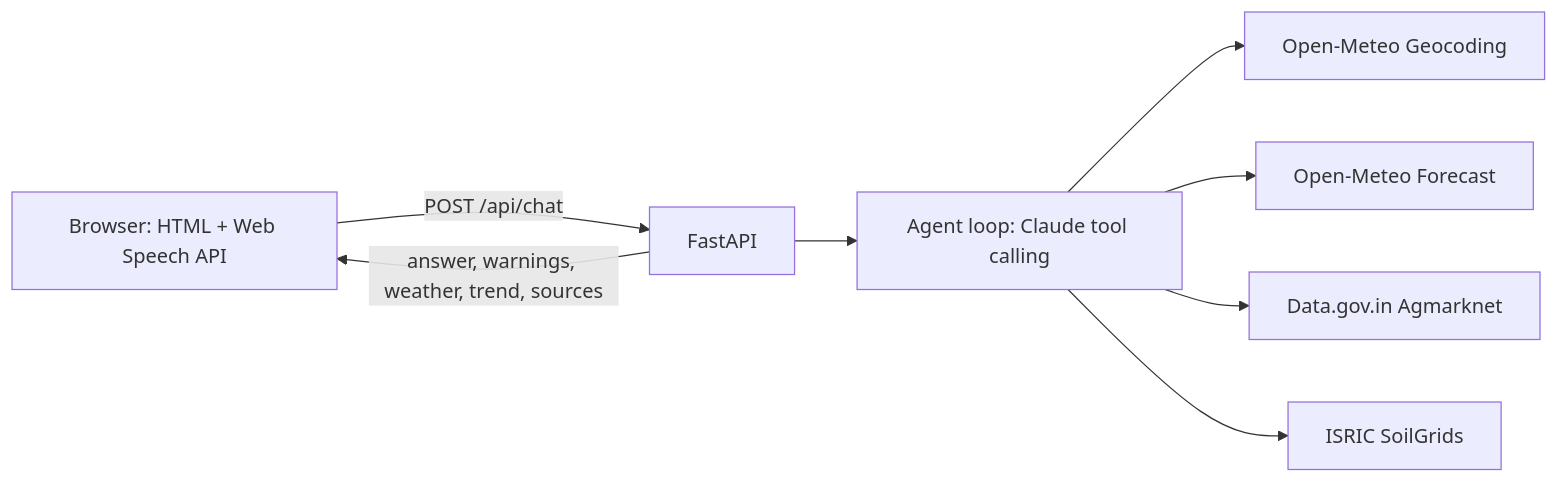
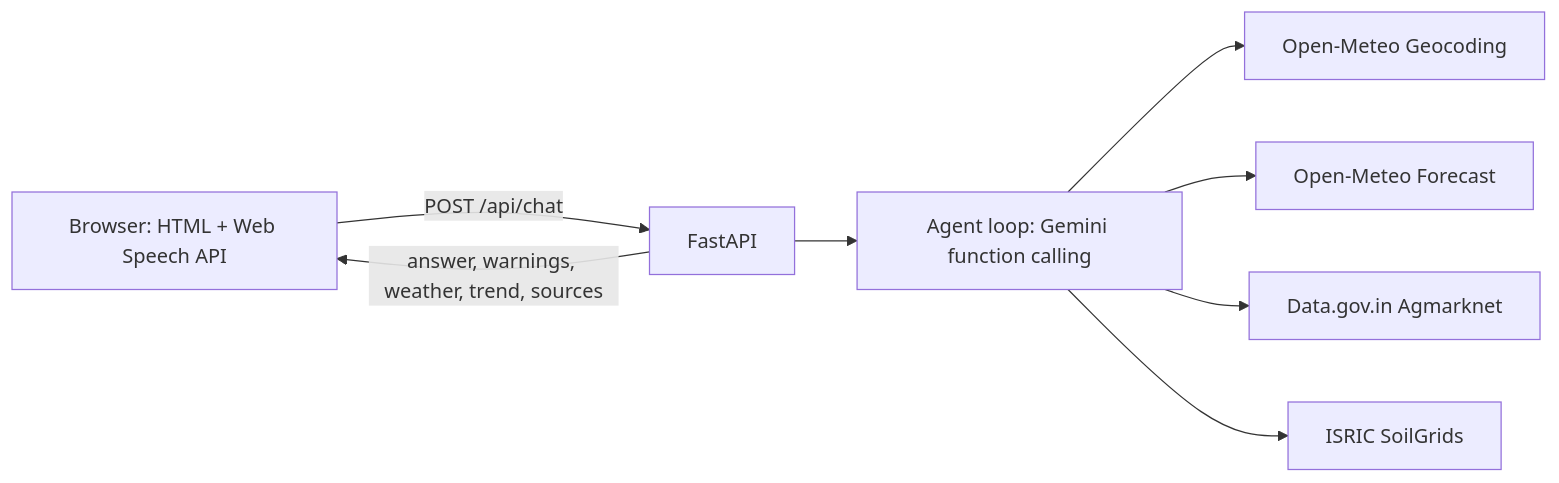
The diagram in README.md (thakuriaanchit/Kisan_Saathi), drawn with Mermaid before and after one commit. The commit also changed other lines of this file and 1 other file, not shown here.

````diff
--- a/README.md
+++ b/README.md
@@ -6,10 +6,10 @@
 ```mermaid
 flowchart LR
   F[Browser: HTML + Web Speech API] -->|POST /api/chat| B[FastAPI]
-  B --> A[Agent loop: Claude tool calling]
+  B --> A[Agent loop: Gemini function calling]
   A --> G[Open-Meteo Geocoding]
   A --> W[Open-Meteo Forecast]
   A --> M[Data.gov.in Agmarknet]
   A --> S[ISRIC SoilGrids]
   B -->|answer, warnings, weather, trend, sources| F
 ```
````
